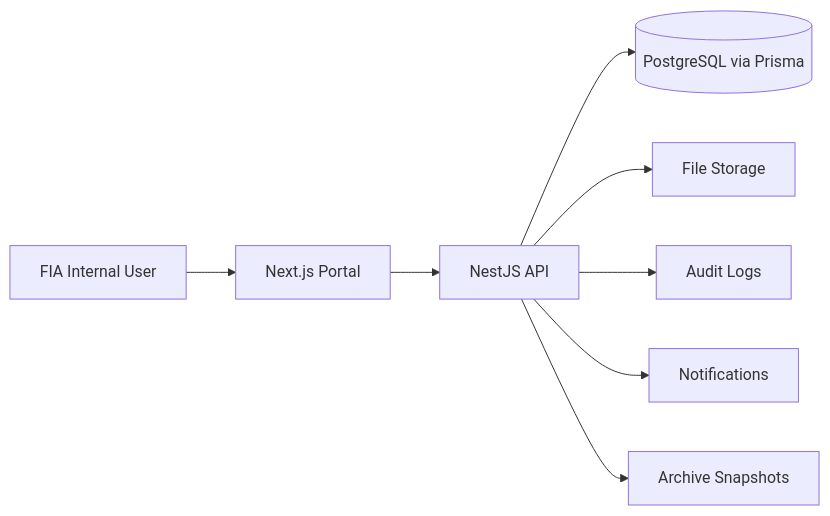
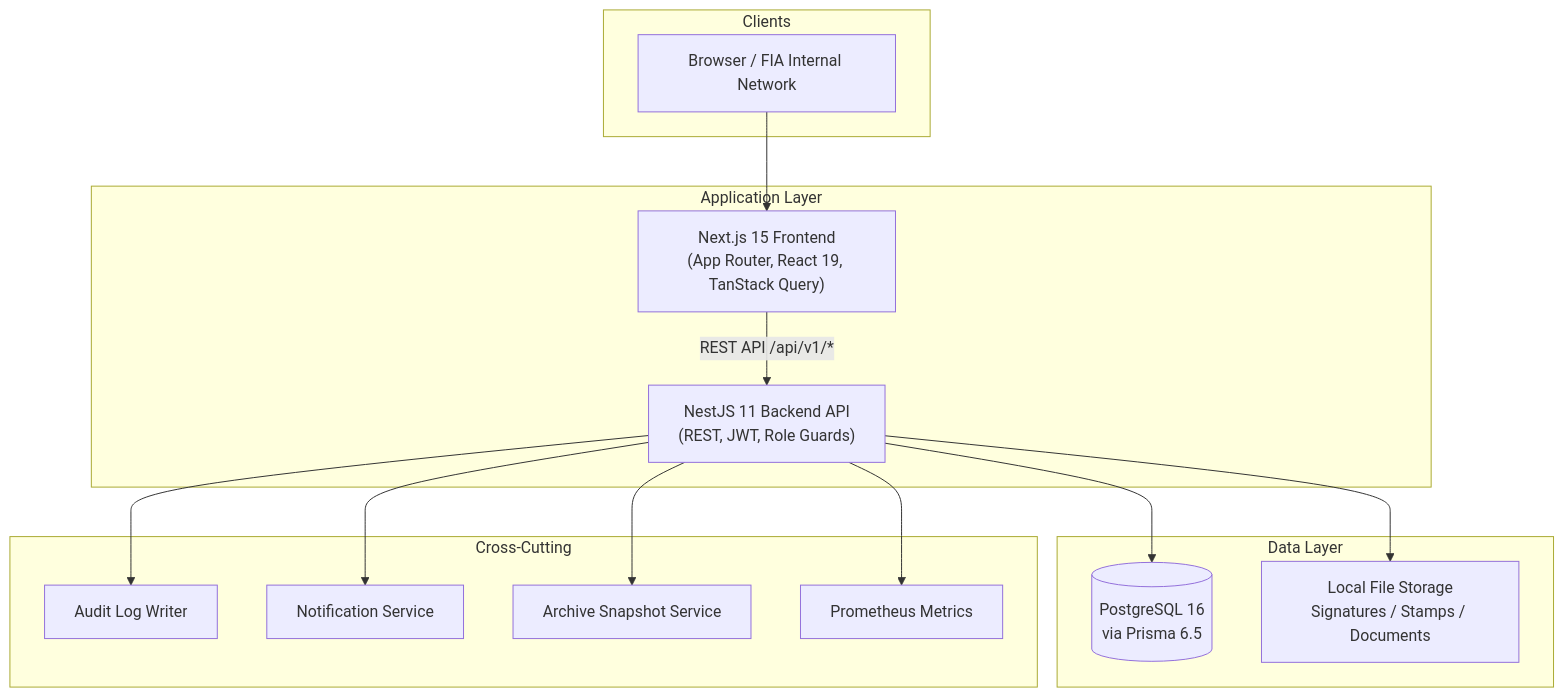
One commit to Aliktk/smart-acr changed the first of 7 diagrams in README.md. Above: the diagram before and after it, drawn with Mermaid. The commit also changed other lines of this file and 275 other files, not shown here.

First line of the commit message:
feat: Add Docker monitoring stack with Grafana, Prometheus, and Loki

````diff
--- a/README.md
+++ b/README.md
@@ -137,10 +93,32 @@
 ```mermaid
-flowchart LR
-    User[FIA Internal User] --> Frontend[Next.js Portal]
-    Frontend --> API[NestJS API]
-    API --> DB[(PostgreSQL via Prisma)]
-    API --> Storage[File Storage]
-    API --> Audit[Audit Logs]
-    API --> Notify[Notifications]
-    API --> Archive[Archive Snapshots]
+flowchart TB
+    subgraph Clients
+        Browser[Browser / FIA Internal Network]
+    end
+
+    subgraph Application Layer
+        Frontend["Next.js 15 Frontend\n(App Router, React 19, TanStack Query)"]
+        Backend["NestJS 11 Backend API\n(REST, JWT, Role Guards)"]
+    end
+
+    subgraph Data Layer
+        DB[(PostgreSQL 16\nvia Prisma 6.5)]
+        Storage[Local File Storage\nSignatures / Stamps / Documents]
+    end
+
+    subgraph Cross-Cutting
+        Audit[Audit Log Writer]
+        Notify[Notification Service]
+        Archive[Archive Snapshot Service]
+        Metrics[Prometheus Metrics]
+    end
+
+    Browser --> Frontend
+    Frontend -->|REST API /api/v1/*| Backend
+    Backend --> DB
+    Backend --> Storage
+    Backend --> Audit
+    Backend --> Notify
+    Backend --> Archive
+    Backend --> Metrics
 ```
````
